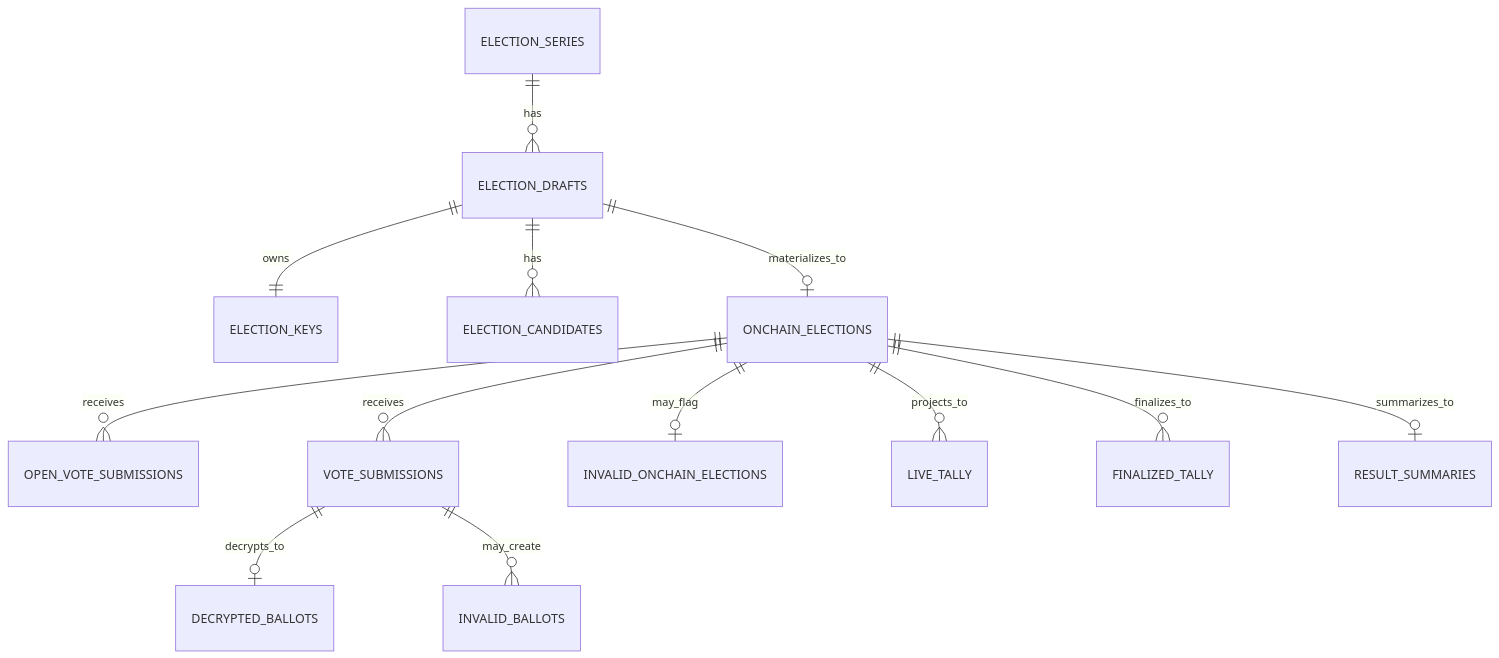
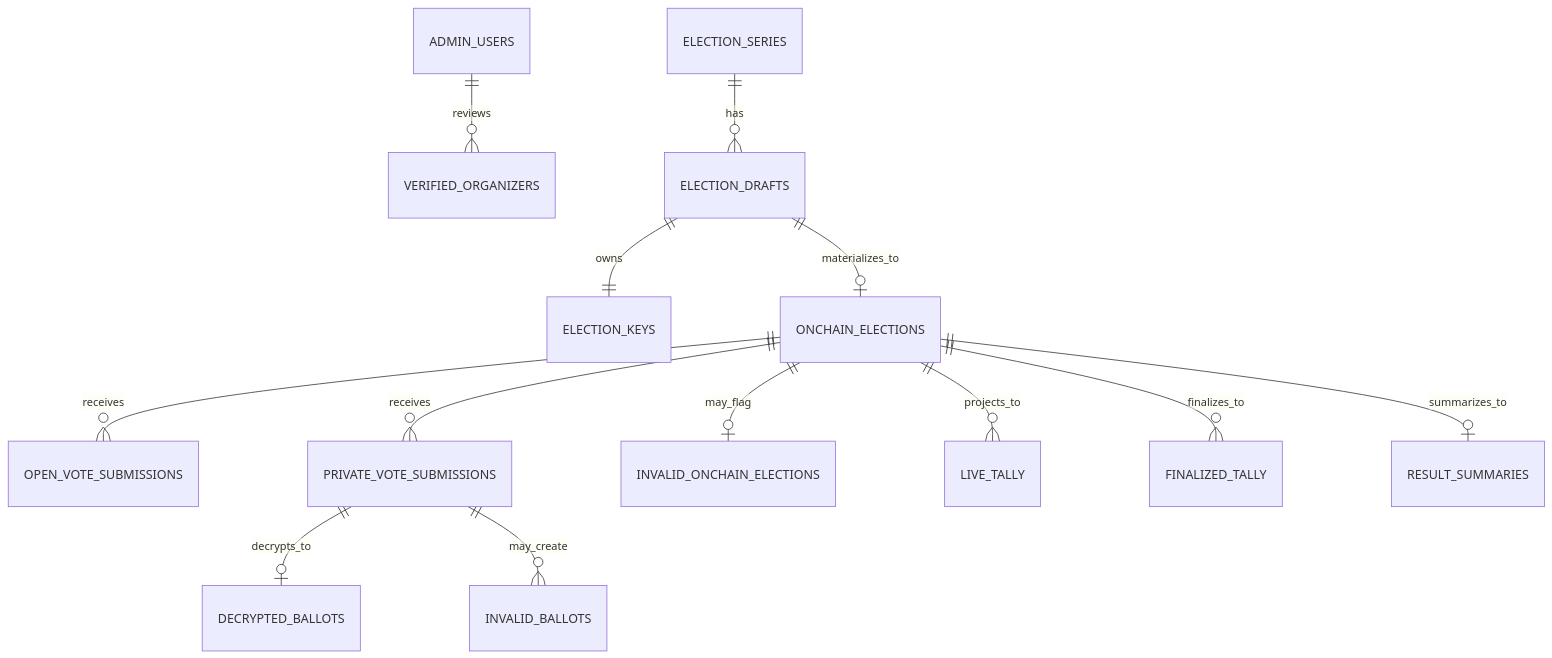
One commit to VESTAr-BAY/vestar-backend changed the third of 7 diagrams in README.md. Above: the diagram before and after it, drawn with Mermaid. The commit also changed other lines of this file, not shown here.

Commit message:
docs: refresh backend architecture readme

````diff
--- a/README.md
+++ b/README.md
@@ -94,15 +155,15 @@
 ```mermaid
 erDiagram
+  ADMIN_USERS ||--o{ VERIFIED_ORGANIZERS : reviews
   ELECTION_SERIES ||--o{ ELECTION_DRAFTS : has
   ELECTION_DRAFTS ||--|| ELECTION_KEYS : owns
-  ELECTION_DRAFTS ||--o{ ELECTION_CANDIDATES : has
   ELECTION_DRAFTS ||--o| ONCHAIN_ELECTIONS : materializes_to
   ONCHAIN_ELECTIONS ||--o{ OPEN_VOTE_SUBMISSIONS : receives
-  ONCHAIN_ELECTIONS ||--o{ VOTE_SUBMISSIONS : receives
-  VOTE_SUBMISSIONS ||--o| DECRYPTED_BALLOTS : decrypts_to
-  VOTE_SUBMISSIONS ||--o{ INVALID_BALLOTS : may_create
+  ONCHAIN_ELECTIONS ||--o{ PRIVATE_VOTE_SUBMISSIONS : receives
+  PRIVATE_VOTE_SUBMISSIONS ||--o| DECRYPTED_BALLOTS : decrypts_to
+  PRIVATE_VOTE_SUBMISSIONS ||--o{ INVALID_BALLOTS : may_create
   ONCHAIN_ELECTIONS ||--o| INVALID_ONCHAIN_ELECTIONS : may_flag
   ONCHAIN_ELECTIONS ||--o{ LIVE_TALLY : projects_to
   ONCHAIN_ELECTIONS ||--o{ FINALIZED_TALLY : finalizes_to
   ONCHAIN_ELECTIONS ||--o| RESULT_SUMMARIES : summarizes_to
 ```
````
